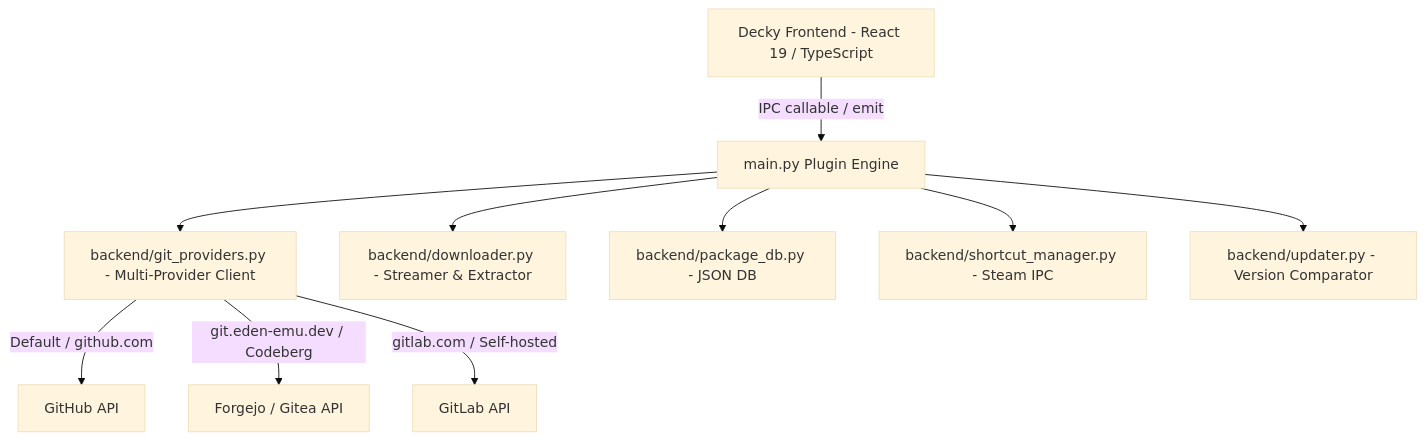
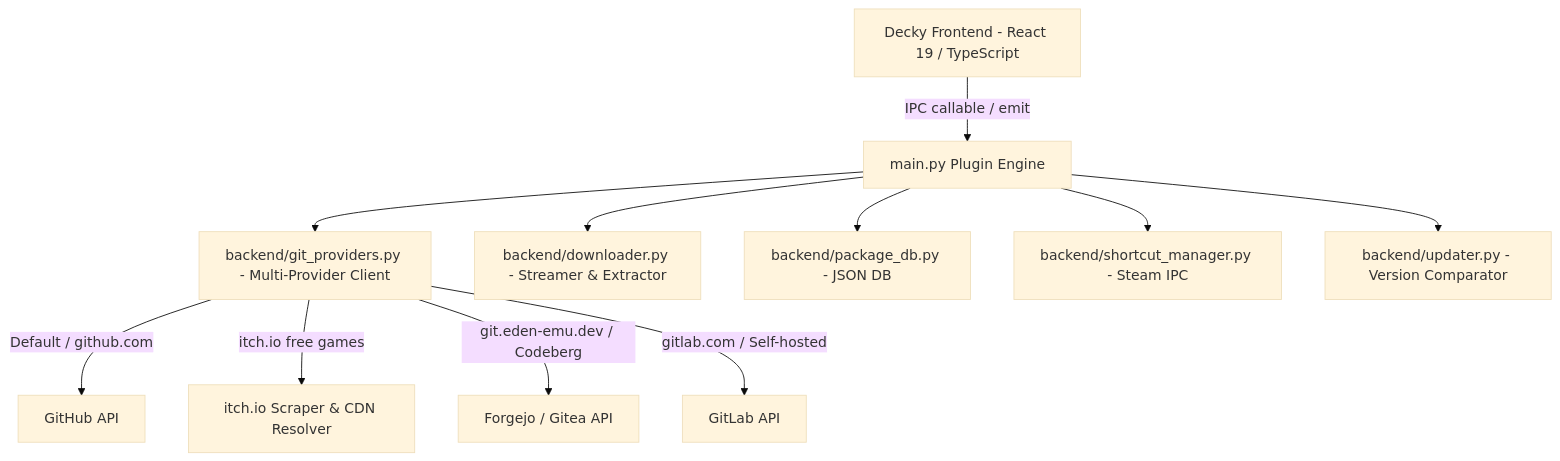
Before and after one commit to RhanCandia/ReleaseDeck: the diagram in docs/DEVELOPMENT_PLAN.md, drawn with Mermaid (base theme). The commit also changed other lines of this file and 1 other file, not shown here.

Commit message:
docs: update PRD and architecture roadmap with itch.io support

````diff
--- a/docs/DEVELOPMENT_PLAN.md
+++ b/docs/DEVELOPMENT_PLAN.md
@@ -10,13 +10,14 @@
 ```mermaid
 graph TD
     UI[Decky Frontend - React 19 / TypeScript] -->|IPC callable / emit| Main[main.py Plugin Engine]
     Main --> Providers[backend/git_providers.py - Multi-Provider Client]
     Providers -->|Default / github.com| GH[GitHub API]
+    Providers -->|itch.io free games| ITCH[itch.io Scraper & CDN Resolver]
     Providers -->|git.eden-emu.dev / Codeberg| FJ[Forgejo / Gitea API]
     Providers -->|gitlab.com / Self-hosted| GL[GitLab API]
     
     Main --> Downloader[backend/downloader.py - Streamer & Extractor]
     Main --> DB[backend/package_db.py - JSON DB]
     Main --> Shortcuts[backend/shortcut_manager.py - Steam IPC]
     Main --> Updater[backend/updater.py - Version Comparator]
 ```
````
